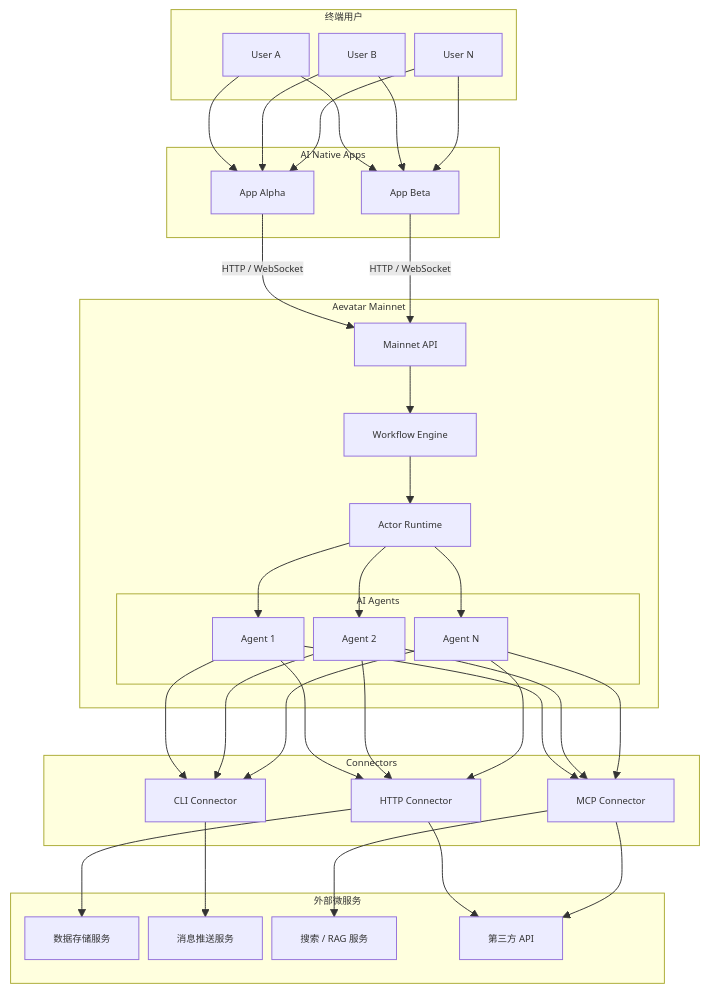
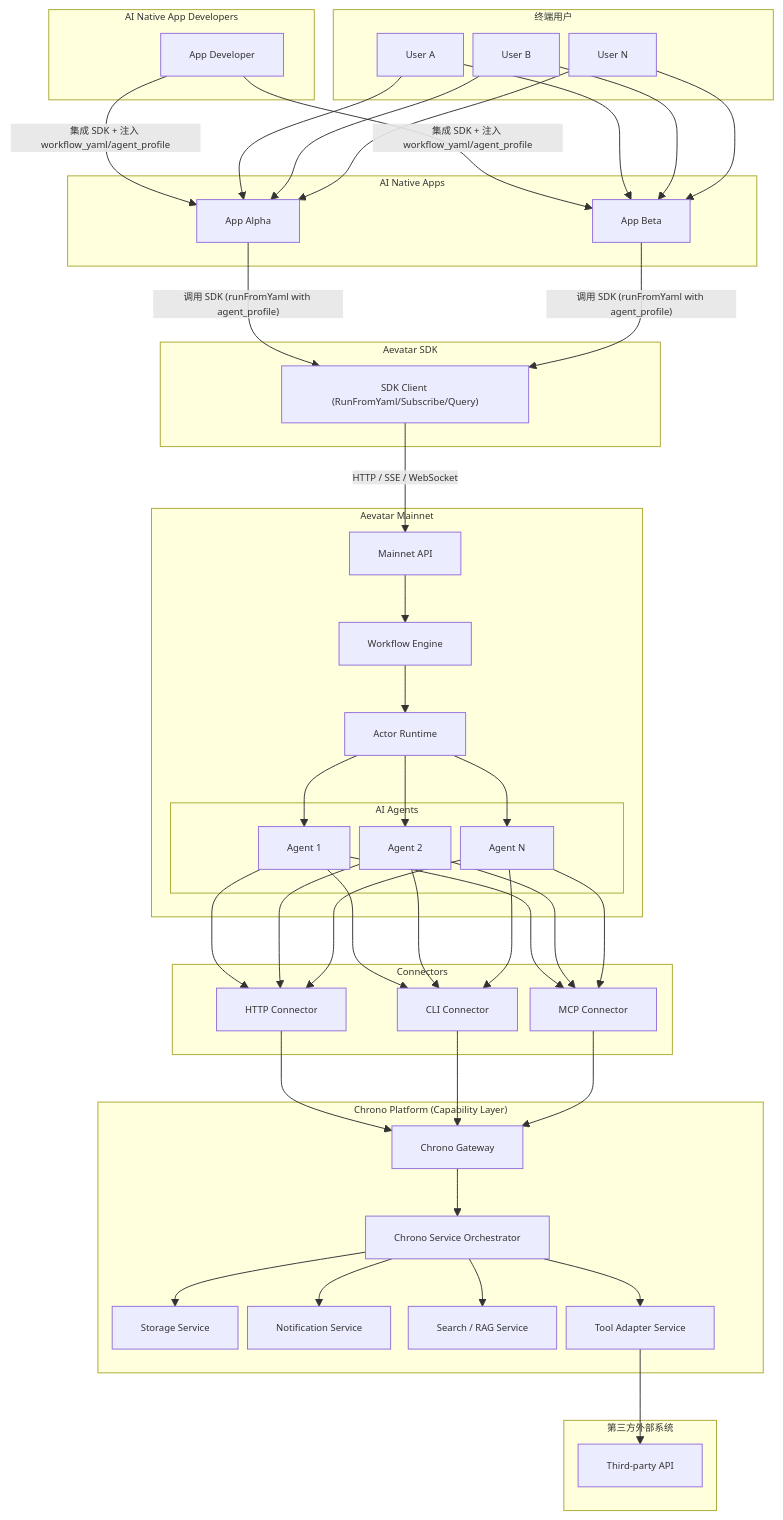
Before and after one commit to aevatarAI/aevatar: the first of 19 diagrams in docs/architecture/AEVATAR_MAINNET_ARCHITECTURE.md, drawn with Mermaid. The commit also changed other lines of this file, not shown here.

Commit message:
update architecture doc

````diff
--- a/docs/architecture/AEVATAR_MAINNET_ARCHITECTURE.md
+++ b/docs/architecture/AEVATAR_MAINNET_ARCHITECTURE.md
@@ -13,49 +14,66 @@
 ```mermaid
 %%{init: {"maxTextSize": 100000, "flowchart": {"useMaxWidth": false, "nodeSpacing": 10, "rankSpacing": 50}, "themeVariables": {"fontSize": "10px"}}}%%
 flowchart TB
+    subgraph developers ["AI Native App Developers"]
+        Dev["App Developer"]
+    end
+
     subgraph users ["终端用户"]
         U1["User A"]
         U2["User B"]
         U3["User N"]
     end
 
     subgraph apps ["AI Native Apps"]
         App1["App Alpha"]
         App2["App Beta"]
+    end
+
+    subgraph sdk ["Aevatar SDK"]
+        SDK["SDK Client (RunFromYaml/Subscribe/Query)"]
     end
 
     subgraph mainnet ["Aevatar Mainnet"]
         API["Mainnet API"]
         WF["Workflow Engine"]
         RT["Actor Runtime"]
 
         subgraph agents ["AI Agents"]
             A1["Agent 1"]
             A2["Agent 2"]
             A3["Agent N"]
         end
     end
 
     subgraph connectors ["Connectors"]
         HC["HTTP Connector"]
         CC["CLI Connector"]
         MC["MCP Connector"]
     end
 
-    subgraph external ["外部微服务"]
-        S1["数据存储服务"]
-        S2["消息推送服务"]
-        S3["搜索 / RAG 服务"]
-        S4["第三方 API"]
+    subgraph chrono ["Chrono Platform (Capability Layer)"]
+        CGW["Chrono Gateway"]
+        CORCH["Chrono Service Orchestrator"]
+        S1["Storage Service"]
+        S2["Notification Service"]
+        S3["Search / RAG Service"]
+        S4["Tool Adapter Service"]
     end
 
+    subgraph external ["第三方外部系统"]
+        TP1["Third-party API"]
+    end
+
+    Dev -->|"集成 SDK + 注入 workflow_yaml/agent_profile"| App1 & App2
     U1 & U2 & U3 --> App1 & App2
-    App1 & App2 -->|"HTTP / WebSocket"| API
+    App1 & App2 -->|"调用 SDK (runFromYaml with agent_profile)"| SDK
+    SDK -->|"HTTP / SSE / WebSocket"| API
     API --> WF
     WF --> RT
     RT --> A1 & A2 & A3
     A1 & A2 & A3 --> HC & CC & MC
-    HC --> S1 & S4
-    CC --> S2
-    MC --> S3 & S4
+    HC & CC & MC --> CGW
+    CGW --> CORCH
+    CORCH --> S1 & S2 & S3 & S4
+    S4 --> TP1
 ```
````
